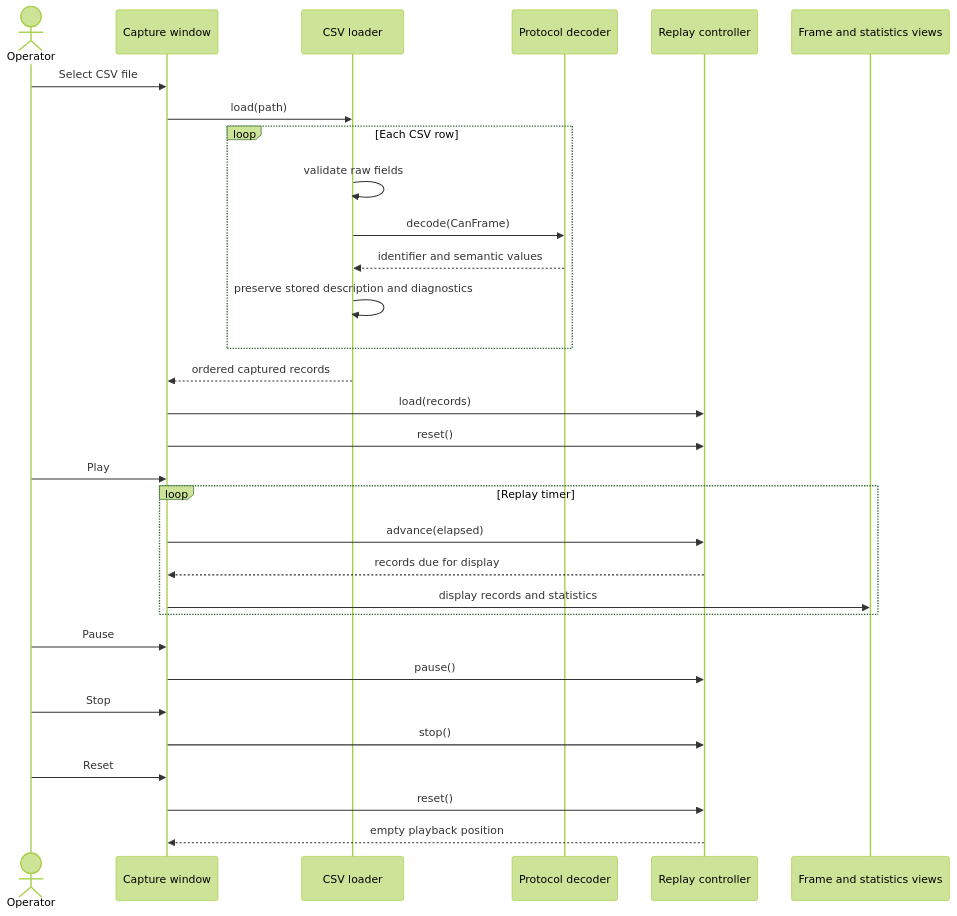
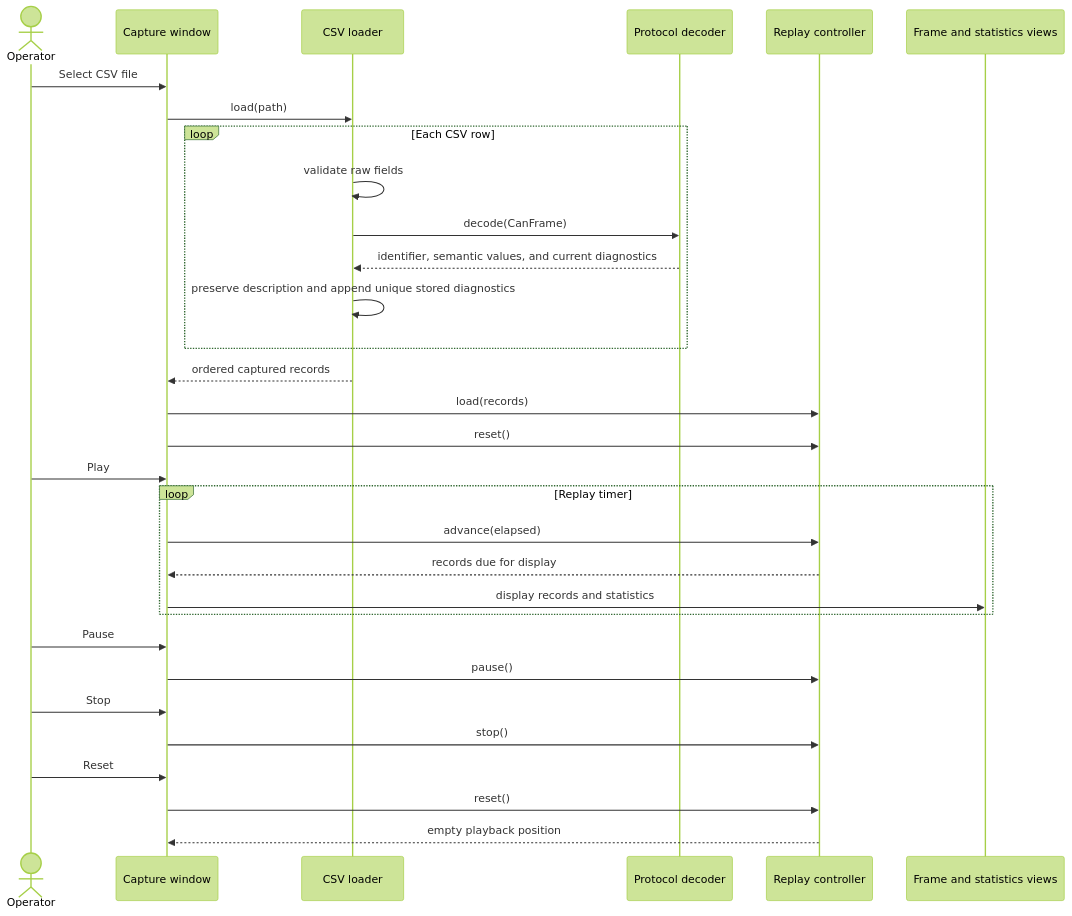
One commit to benoit-bremaud/can-sniffer changed the diagram in docs/architecture/diagrams/offline-replay/02-sequence-replay-capture.md. Above: the diagram before and after it, drawn with Mermaid (forest theme). The commit also changed other lines of this file and 2 other files, not shown here.

Commit message:
docs(architecture): retain replay safety diagnostics

````diff
--- a/docs/architecture/diagrams/offline-replay/02-sequence-replay-capture.md
+++ b/docs/architecture/diagrams/offline-replay/02-sequence-replay-capture.md
@@ -12,34 +12,34 @@
 ```mermaid
 sequenceDiagram
     actor Operator
     participant Window as Capture window
     participant Loader as CSV loader
     participant Decoder as Protocol decoder
     participant Replay as Replay controller
     participant View as Frame and statistics views
 
     Operator->>Window: Select CSV file
     Window->>Loader: load(path)
     loop Each CSV row
         Loader->>Loader: validate raw fields
         Loader->>Decoder: decode(CanFrame)
-        Decoder-->>Loader: identifier and semantic values
-        Loader->>Loader: preserve stored description and diagnostics
+        Decoder-->>Loader: identifier, semantic values, and current diagnostics
+        Loader->>Loader: preserve description and append unique stored diagnostics
     end
     Loader-->>Window: ordered captured records
     Window->>Replay: load(records)
     Window->>Replay: reset()
     Operator->>Window: Play
     loop Replay timer
         Window->>Replay: advance(elapsed)
         Replay-->>Window: records due for display
         Window->>View: display records and statistics
     end
     Operator->>Window: Pause
     Window->>Replay: pause()
     Operator->>Window: Stop
     Window->>Replay: stop()
     Operator->>Window: Reset
     Window->>Replay: reset()
     Replay-->>Window: empty playback position
 ```
````
